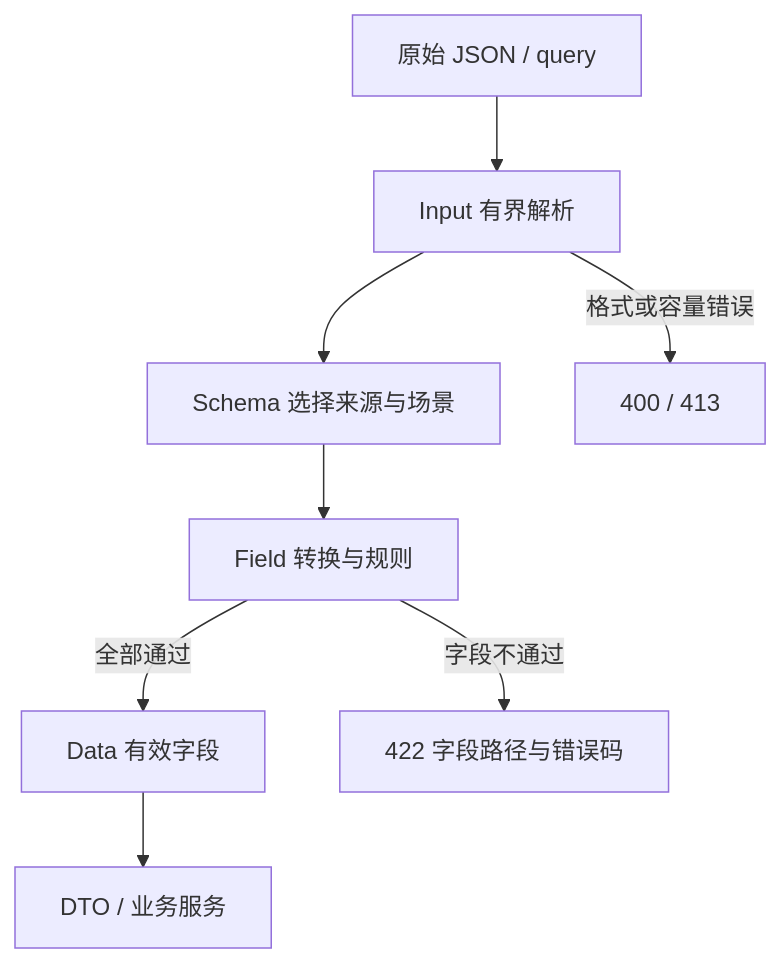
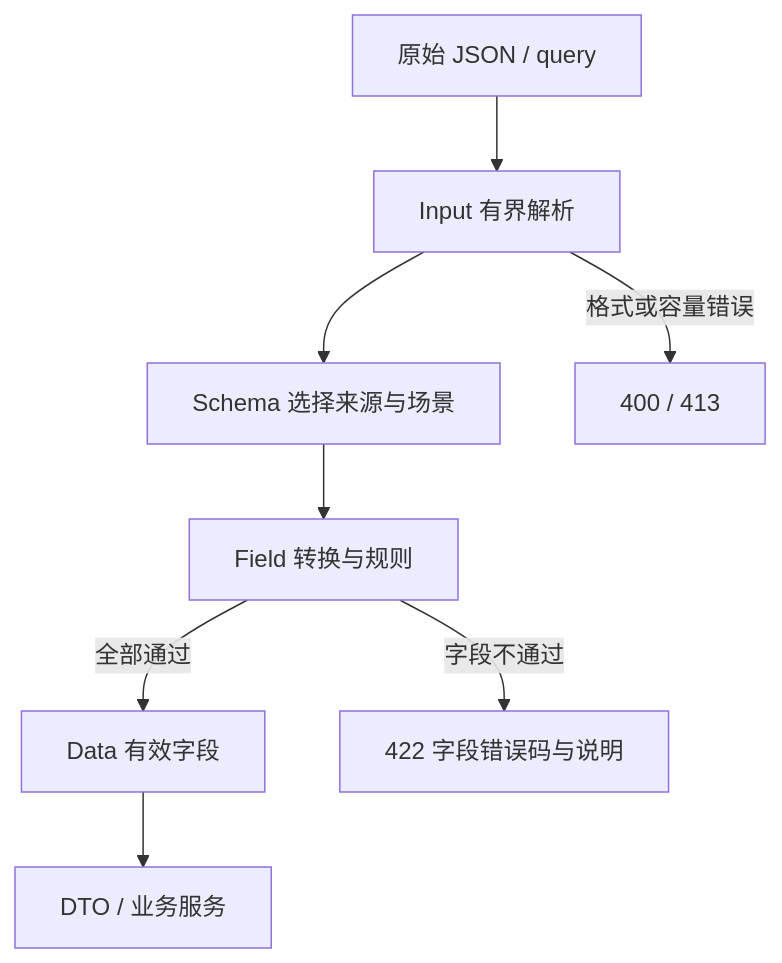
Before and after one commit to zoujingli/typeapp: the diagram in docs/guide/plugins/type-validate.md, drawn with Mermaid. The commit also changed other lines of this file and 113 other files, not shown here.

````diff
--- a/docs/guide/plugins/type-validate.md
+++ b/docs/guide/plugins/type-validate.md
@@ -11,10 +32,10 @@
 ```mermaid
 flowchart TB
   A[原始 JSON / query] --> B[Input 有界解析]
   B --> C[Schema 选择来源与场景]
   C --> D[Field 转换与规则]
   D -->|全部通过| E[Data 有效字段]
   E --> F[DTO / 业务服务]
   B -->|格式或容量错误| G[400 / 413]
-  D -->|字段不通过| H[422 字段路径与错误码]
+  D -->|字段不通过| H[422 字段错误码与说明]
 ```
````
